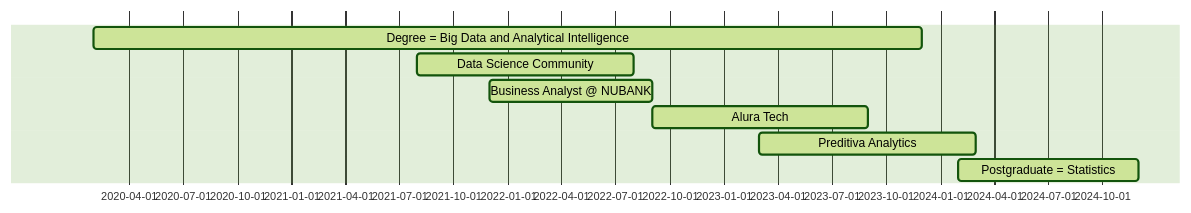
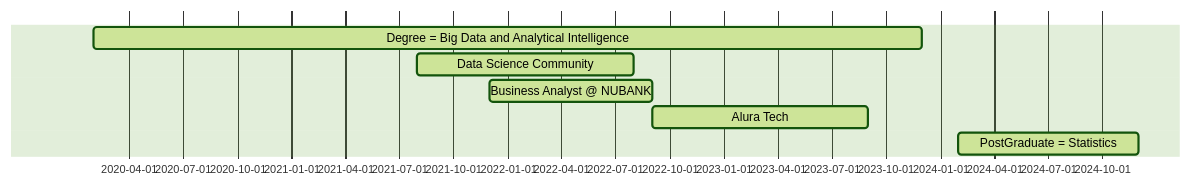
One commit to pmusachio/pmusachio changed the diagram in README.md. Above: the diagram before and after it, drawn with Mermaid (forest theme). The commit also changed other lines of this file, not shown here.

````diff
--- a/README.md
+++ b/README.md
@@ -10,11 +10,10 @@
 ```mermaid
 gantt
 dateFormat  YYYY-MM-DD
 
 Degree = Big Data and Analytical Intelligence :active,, 2020-02-01,2023-12-01
 Data Science Community                        :active,, 2021-08-01,2022-08-01
 Business Analyst @ NUBANK                     :active,, 2021-12-01,2022-09-01
 Alura Tech                                    :active,, 2022-09-01,2023-09-01
-Preditiva Analytics                           :active,, 2023-03-01,2024-03-01
-Postgraduate = Statistics                     :active,, 2024-02-01,2024-12-01
+PostGraduate = Statistics                     :active,, 2024-02-01,2024-12-01
 ```
````
